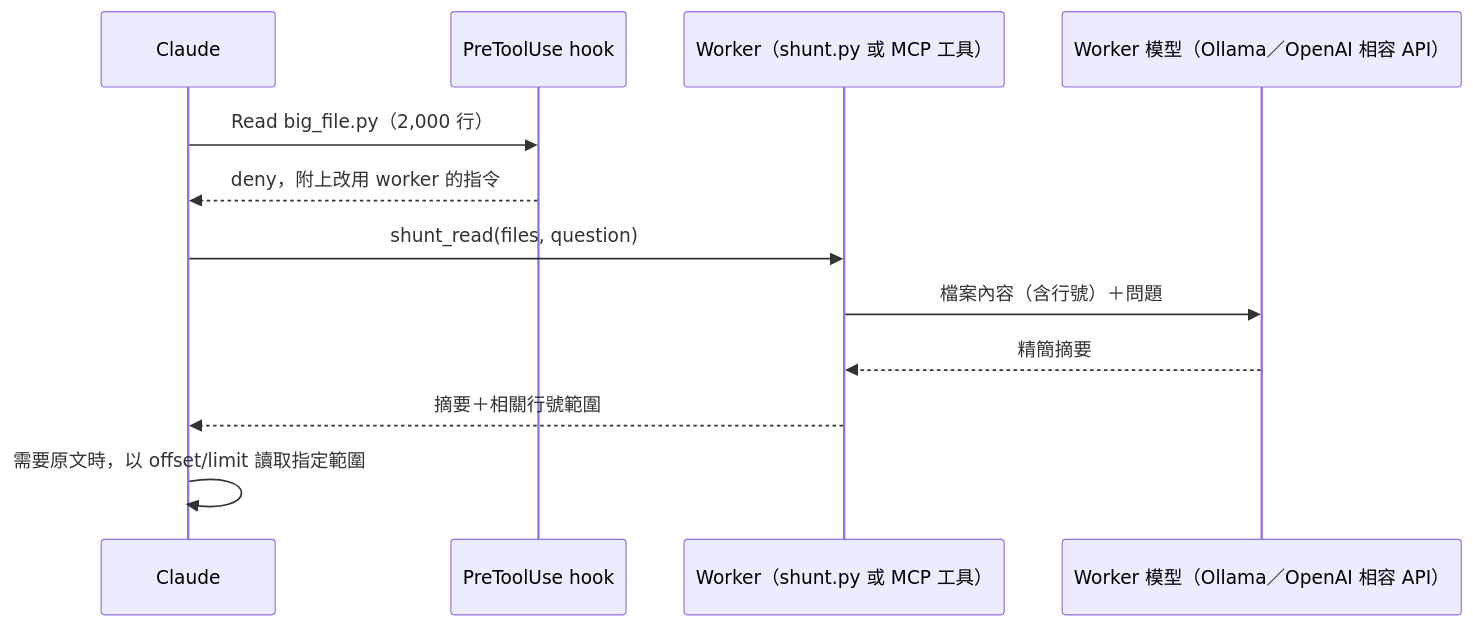
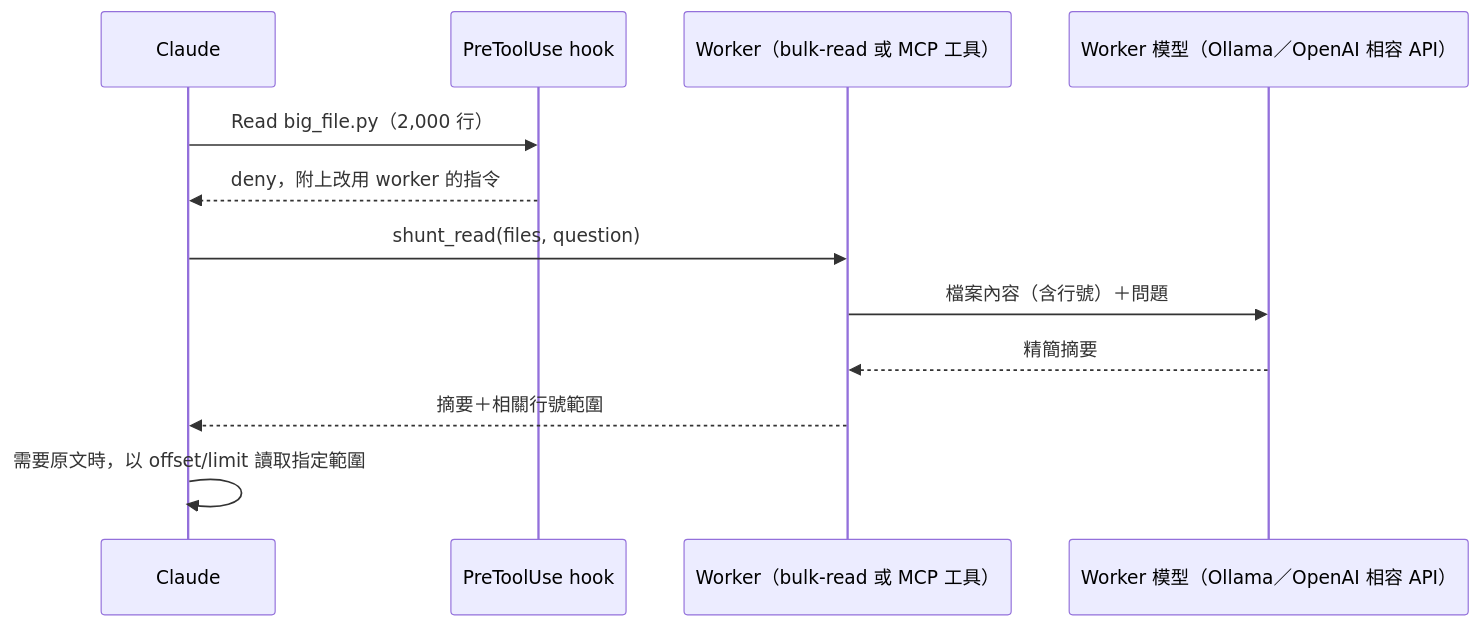
One commit to cofemei/local-shunt changed the diagram in README.md. Above: the diagram before and after it, drawn with Mermaid. The commit also changed other lines of this file and 54 other files, not shown here.

````diff
--- a/README.md
+++ b/README.md
@@ -35,15 +51,15 @@
 ```mermaid
 sequenceDiagram
     participant C as Claude
     participant H as PreToolUse hook
-    participant W as Worker（shunt.py 或 MCP 工具）
+    participant W as Worker（bulk-read 或 MCP 工具）
     participant M as Worker 模型（Ollama／OpenAI 相容 API）
 
     C->>H: Read big_file.py（2,000 行）
     H-->>C: deny，附上改用 worker 的指令
     C->>W: shunt_read(files, question)
     W->>M: 檔案內容（含行號）＋問題
     M-->>W: 精簡摘要
     W-->>C: 摘要＋相關行號範圍
     C->>C: 需要原文時，以 offset/limit 讀取指定範圍
 ```
````
